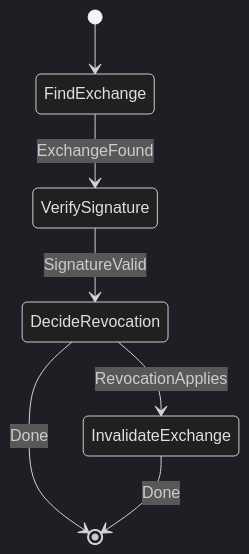
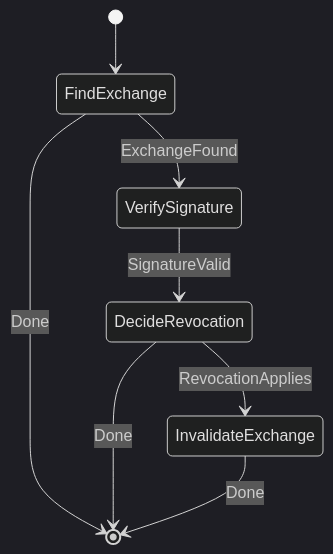
Before and after one commit to cbgm/Sparrow: the fourth of 31 diagrams in docs/architecture/workflows/incoming.md, drawn with Mermaid (dark theme). The commit also changed 22 other files, not shown here.

````diff
--- a/docs/architecture/workflows/incoming.md
+++ b/docs/architecture/workflows/incoming.md
@@ -158,9 +158,10 @@
 ```mermaid
 stateDiagram-v2
     [*] --> FindExchange
+    FindExchange --> [*] : Done
     FindExchange --> VerifySignature : ExchangeFound
     VerifySignature --> DecideRevocation : SignatureValid
     DecideRevocation --> [*] : Done
     DecideRevocation --> InvalidateExchange : RevocationApplies
     InvalidateExchange --> [*] : Done
 ```
````
